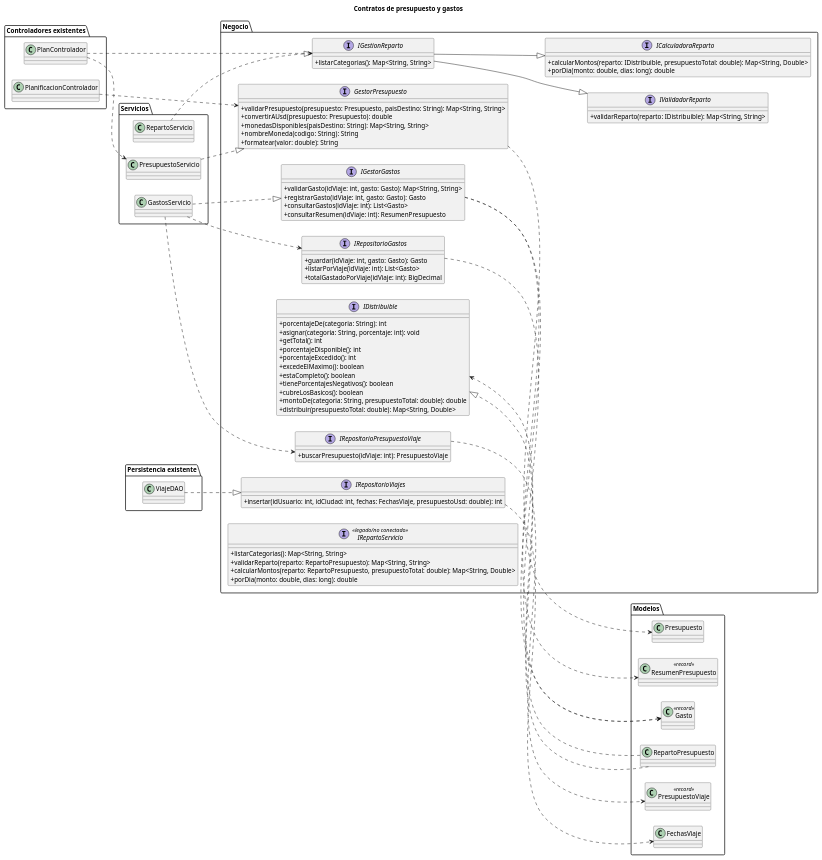
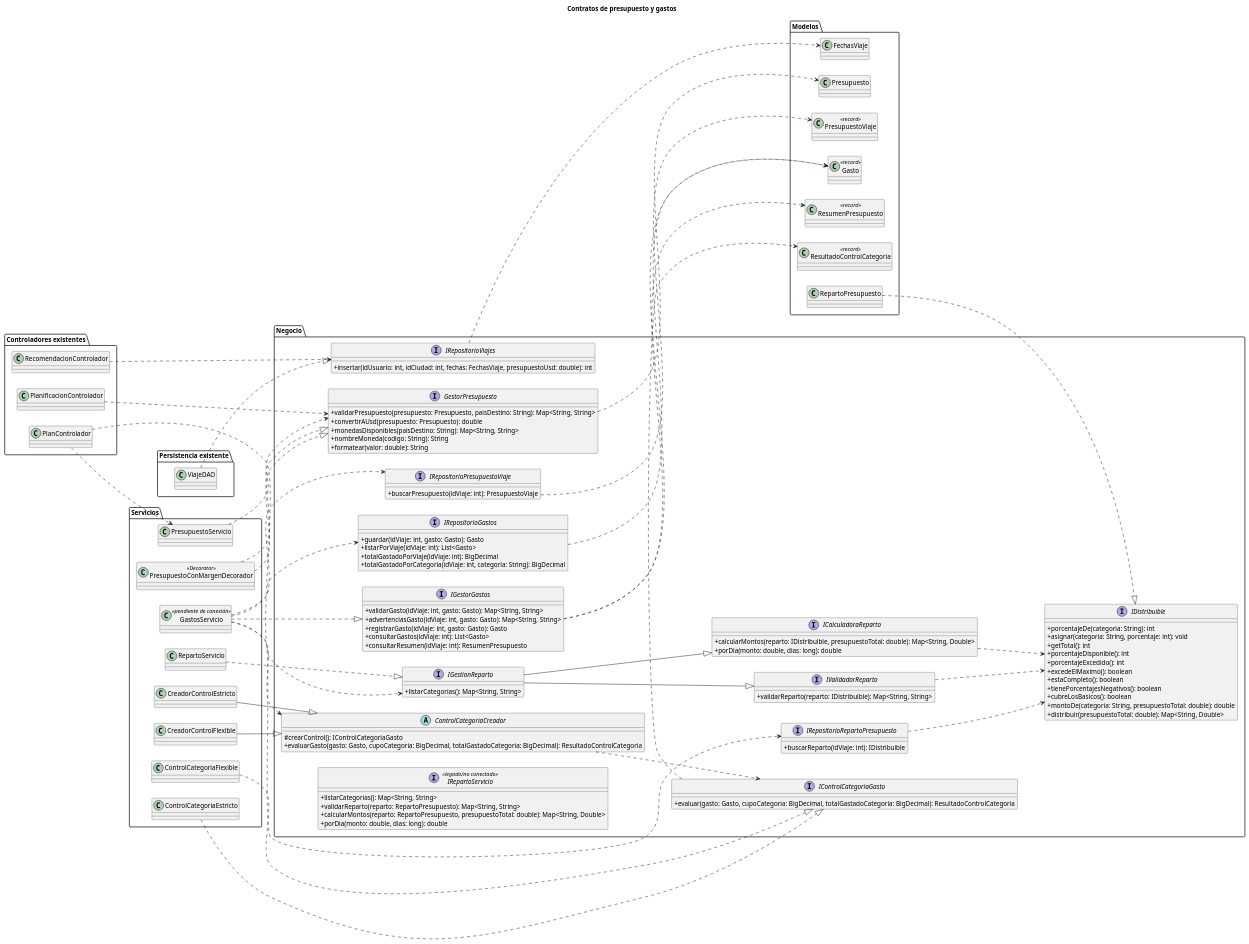
One commit to puj-course/FIS_2630_1204_G3 changed the diagram in docs/diagrama/DiagramaInterfaces - Presupuesto y Gastos.md. Above: the diagram before and after it, drawn with PlantUML. The commit also changed other lines of this file, not shown here.

Commit message:
docs : correccion diagrama de interfaces presupuesto y gastos
Added detailed explanations of business interfaces related to budget and expenses control, including implementation details and design patterns used.

````diff
--- a/docs/diagrama/DiagramaInterfaces - Presupuesto y Gastos.md
+++ b/docs/diagrama/DiagramaInterfaces - Presupuesto y Gastos.md
@@ -1,3 +13,4 @@
+```plantuml
 @startuml
 title Contratos de presupuesto y gastos
 left to right direction
@@ -14,19 +27,34 @@
 
     interface IGestorGastos {
         +validarGasto(idViaje: int, gasto: Gasto): Map<String, String>
+        +advertenciasGasto(idViaje: int, gasto: Gasto): Map<String, String>
         +registrarGasto(idViaje: int, gasto: Gasto): Gasto
         +consultarGastos(idViaje: int): List<Gasto>
         +consultarResumen(idViaje: int): ResumenPresupuesto
+    }
+
+    interface IControlCategoriaGasto {
+        +evaluar(gasto: Gasto, cupoCategoria: BigDecimal, totalGastadoCategoria: BigDecimal): ResultadoControlCategoria
+    }
+
+    abstract class ControlCategoriaCreador {
+        #crearControl(): IControlCategoriaGasto
+        +evaluarGasto(gasto: Gasto, cupoCategoria: BigDecimal, totalGastadoCategoria: BigDecimal): ResultadoControlCategoria
     }
 
     interface IRepositorioGastos {
         +guardar(idViaje: int, gasto: Gasto): Gasto
         +listarPorViaje(idViaje: int): List<Gasto>
         +totalGastadoPorViaje(idViaje: int): BigDecimal
+        +totalGastadoPorCategoria(idViaje: int, categoria: String): BigDecimal
     }
 
     interface IRepositorioPresupuestoViaje {
         +buscarPresupuesto(idViaje: int): PresupuestoViaje
+    }
+
+    interface IRepositorioRepartoPresupuesto {
+        +buscarReparto(idViaje: int): IDistribuible
     }
 
     interface IRepositorioViajes {
@@ -70,13 +98,19 @@
 
 package "Servicios" {
     class PresupuestoServicio
-    class GastosServicio
+    class PresupuestoConMargenDecorador <<Decorator>>
     class RepartoServicio
+    class GastosServicio <<pendiente de conexión>>
+    class ControlCategoriaEstricto
+    class ControlCategoriaFlexible
+    class CreadorControlEstricto
+    class CreadorControlFlexible
 }
 
 package "Controladores existentes" {
     class PlanificacionControlador
     class PlanControlador
+    class RecomendacionControlador
 }
 
 package "Persistencia existente" {
@@ -88,31 +122,54 @@
     class Gasto <<record>>
     class PresupuestoViaje <<record>>
     class ResumenPresupuesto <<record>>
+    class ResultadoControlCategoria <<record>>
     class RepartoPresupuesto
     class FechasViaje
 }
 
+' Cada servicio implementa su interfaz de negocio.
 PresupuestoServicio ..|> GestorPresupuesto
+PresupuestoConMargenDecorador ..|> GestorPresupuesto
+RepartoServicio ..|> IGestionReparto
 GastosServicio ..|> IGestorGastos
-RepartoServicio ..|> IGestionReparto
-IGestionReparto --|> IValidadorReparto
-IGestionReparto --|> ICalculadoraReparto
+ControlCategoriaEstricto ..|> IControlCategoriaGasto
+ControlCategoriaFlexible ..|> IControlCategoriaGasto
+CreadorControlEstricto --|> ControlCategoriaCreador
+CreadorControlFlexible --|> ControlCategoriaCreador
 RepartoPresupuesto ..|> IDistribuible
 ViajeDAO ..|> IRepositorioViajes
 
+' IGestionReparto une dos contratos pequeños (segregación de interfaces).
+IGestionReparto --|> IValidadorReparto
+IGestionReparto --|> ICalculadoraReparto
+
+' Los controladores dependen de los contratos.
 PlanificacionControlador ..> GestorPresupuesto
 PlanControlador ..> IGestionReparto
 PlanControlador ..> PresupuestoServicio
+RecomendacionControlador ..> IRepositorioViajes
+
+' Decorator: envuelve otro GestorPresupuesto.
+PresupuestoConMargenDecorador ..> GestorPresupuesto
+
+' GastosServicio depende de sus repositorios y del Factory Method.
 GastosServicio ..> IRepositorioGastos
 GastosServicio ..> IRepositorioPresupuestoViaje
+GastosServicio ..> IRepositorioRepartoPresupuesto
+GastosServicio ..> ControlCategoriaCreador
+ControlCategoriaCreador ..> IControlCategoriaGasto
 
+' Modelos que usa cada contrato.
 GestorPresupuesto ..> Presupuesto
 IGestorGastos ..> Gasto
 IGestorGastos ..> ResumenPresupuesto
+IControlCategoriaGasto ..> ResultadoControlCategoria
 IRepositorioGastos ..> Gasto
 IRepositorioPresupuestoViaje ..> PresupuestoViaje
-
+IRepositorioRepartoPresupuesto ..> IDistribuible
 IRepositorioViajes ..> FechasViaje
-RepartoPresupuesto ..> IDistribuible
+IValidadorReparto ..> IDistribuible
+ICalculadoraReparto ..> IDistribuible
 
 @enduml
+```
````
